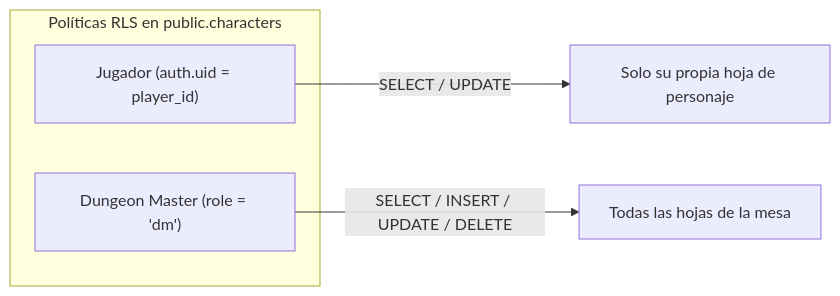
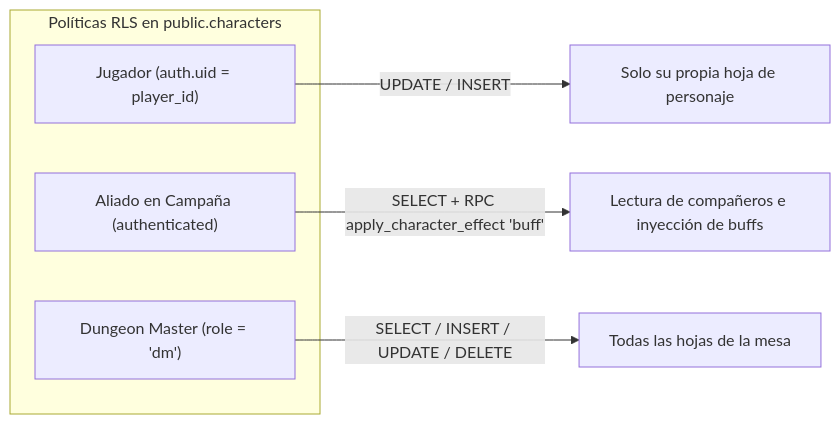
Before and after one commit to williamatr/SegadoresDnD: the second of 2 diagrams in docs/architecture/04-security-and-roles.md, drawn with Mermaid. The commit also changed other lines of this file and 114 other files, not shown here.

````diff
--- a/docs/architecture/04-security-and-roles.md
+++ b/docs/architecture/04-security-and-roles.md
@@ -32,10 +44,12 @@
 ```mermaid
 flowchart LR
     subgraph PoliticasRLS ["Políticas RLS en public.characters"]
         P_PLAYER["Jugador (auth.uid = player_id)"]
+        P_ALLY["Aliado en Campaña (authenticated)"]
         P_DM["Dungeon Master (role = 'dm')"]
     end
 
-    P_PLAYER -->|SELECT / UPDATE| MI_FICHA["Solo su propia hoja de personaje"]
+    P_PLAYER -->|UPDATE / INSERT| MI_FICHA["Solo su propia hoja de personaje"]
+    P_ALLY -->|SELECT + RPC apply_character_effect 'buff'| MESA["Lectura de compañeros e inyección de buffs"]
     P_DM -->|SELECT / INSERT / UPDATE / DELETE| TODAS_FICHAS["Todas las hojas de la mesa"]
 ```
````
